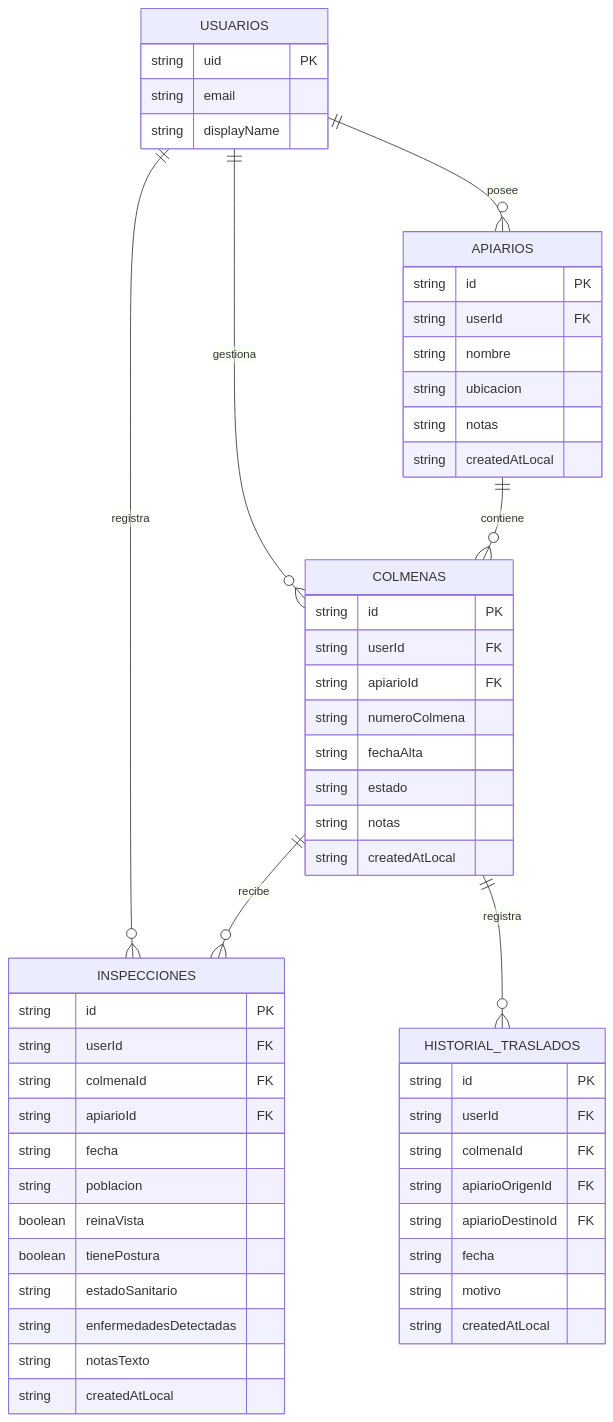
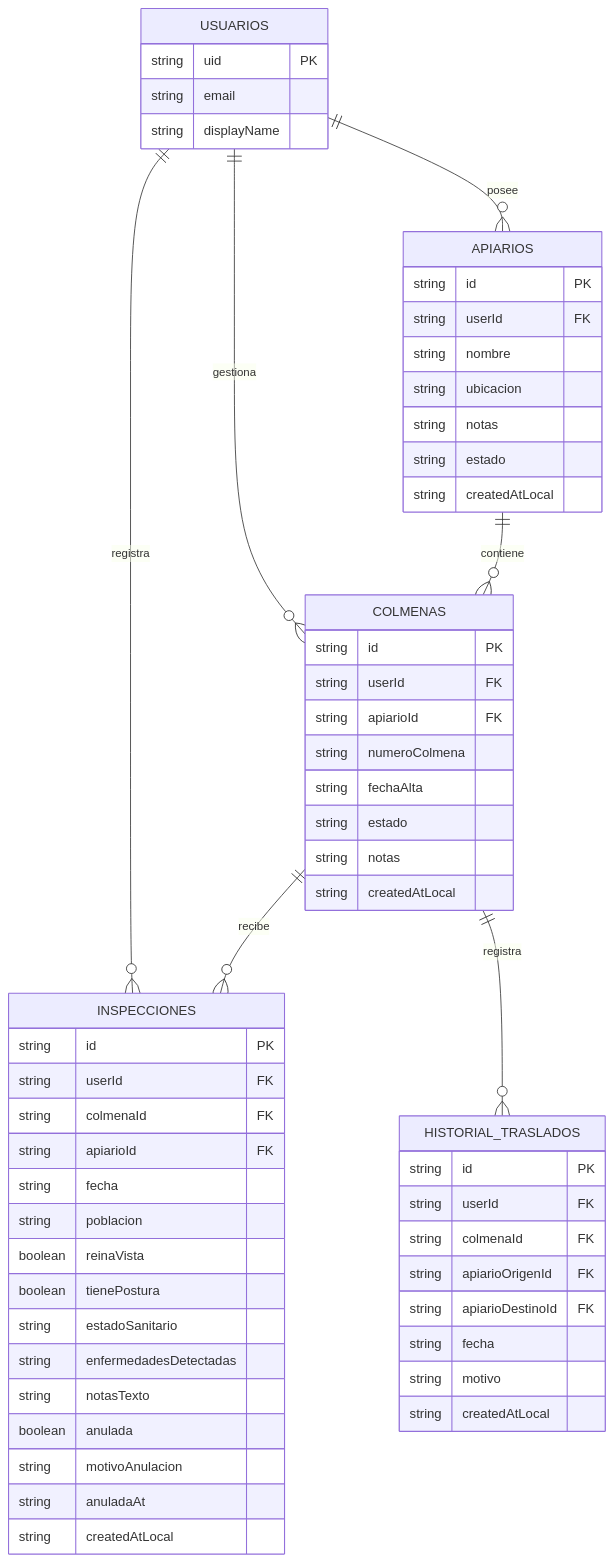
One commit to NahuelZa/Sistema_Inteligente_de_Gestion_Apicola_Offline changed the diagram in README.md. Above: the diagram before and after it, drawn with Mermaid. The commit also changed other lines of this file and 16 other files, not shown here.

````diff
--- a/README.md
+++ b/README.md
@@ -86,61 +87,65 @@
 ```mermaid
 erDiagram
     USUARIOS ||--o{ APIARIOS : "posee"
     USUARIOS ||--o{ COLMENAS : "gestiona"
     USUARIOS ||--o{ INSPECCIONES : "registra"
     APIARIOS ||--o{ COLMENAS : "contiene"
     COLMENAS ||--o{ INSPECCIONES : "recibe"
     COLMENAS ||--o{ HISTORIAL_TRASLADOS : "registra"
 
     USUARIOS {
         string uid PK
         string email
         string displayName
     }
 
     APIARIOS {
         string id PK
         string userId FK
         string nombre
         string ubicacion
         string notas
+        string estado
         string createdAtLocal
     }
 
     COLMENAS {
         string id PK
         string userId FK
         string apiarioId FK
         string numeroColmena
         string fechaAlta
         string estado
         string notas
         string createdAtLocal
     }
 
     INSPECCIONES {
         string id PK
         string userId FK
         string colmenaId FK
         string apiarioId FK
         string fecha
         string poblacion
         boolean reinaVista
         boolean tienePostura
         string estadoSanitario
         string enfermedadesDetectadas
         string notasTexto
+        boolean anulada
+        string motivoAnulacion
+        string anuladaAt
         string createdAtLocal
     }
 
     HISTORIAL_TRASLADOS {
         string id PK
         string userId FK
         string colmenaId FK
         string apiarioOrigenId FK
         string apiarioDestinoId FK
         string fecha
         string motivo
         string createdAtLocal
     }
 ```
````
